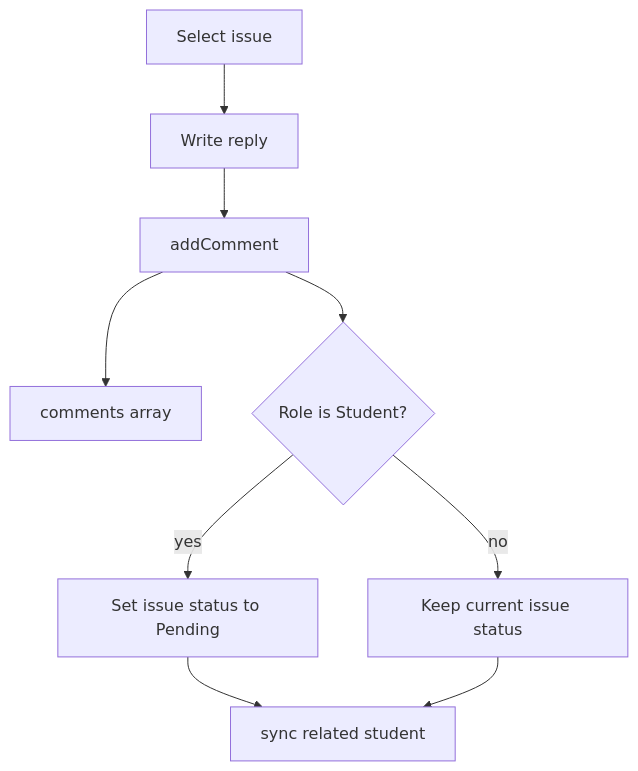
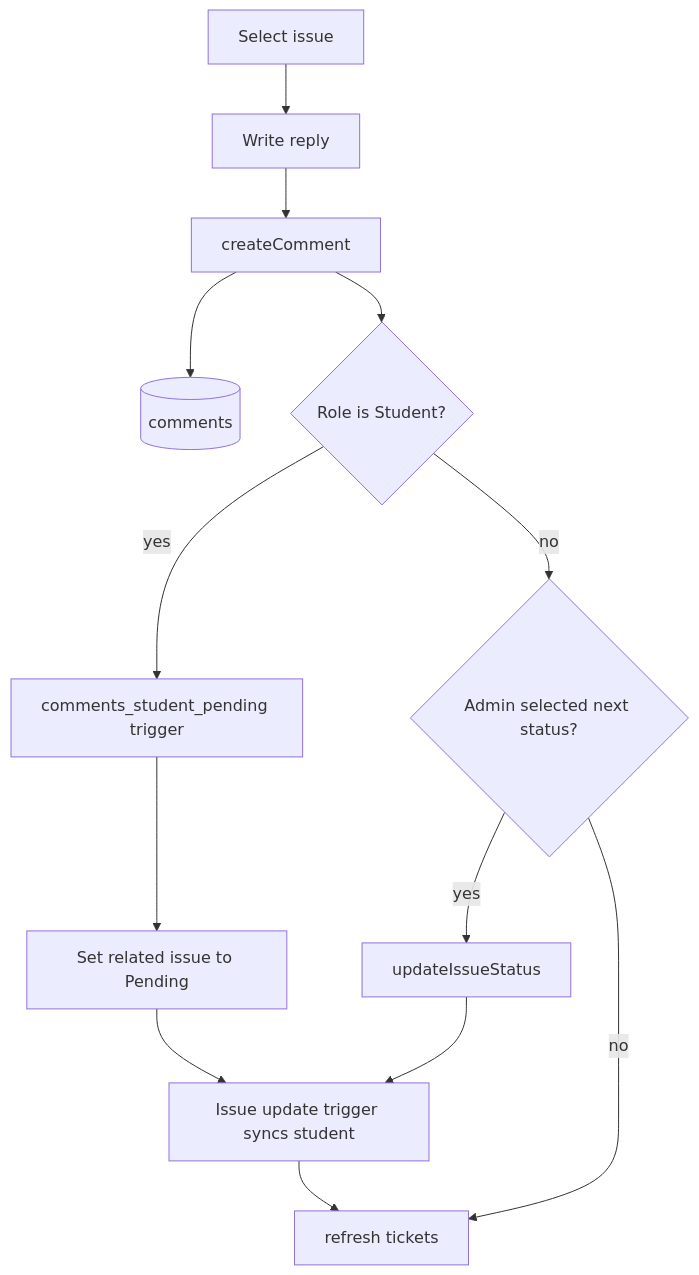
One commit to muhammadjamshed7/Assignmentwork changed the eighth of 16 diagrams in SYSTEM_FLOW.md. Above: the diagram before and after it, drawn with Mermaid. The commit also changed other lines of this file and 56 other files, not shown here.

````diff
--- a/SYSTEM_FLOW.md
+++ b/SYSTEM_FLOW.md
@@ -180,11 +259,15 @@
 ```mermaid
 flowchart TD
   SelectIssue[Select issue] --> WriteReply[Write reply]
-  WriteReply --> AddComment[addComment]
-  AddComment --> CommentsArray[comments array]
-  AddComment --> RoleCheck{Role is Student?}
-  RoleCheck -- yes --> Pending[Set issue status to Pending]
-  RoleCheck -- no --> KeepStatus[Keep current issue status]
-  Pending --> SyncStudent[sync related student]
-  KeepStatus --> SyncStudent
+  WriteReply --> CreateComment[createComment]
+  CreateComment --> CommentsTable[(comments)]
+  CreateComment --> RoleCheck{Role is Student?}
+  RoleCheck -- yes --> Trigger[comments_student_pending trigger]
+  Trigger --> Pending[Set related issue to Pending]
+  Pending --> IssueTrigger[Issue update trigger syncs student]
+  RoleCheck -- no --> AdminStatus{Admin selected next status?}
+  AdminStatus -- yes --> UpdateStatus[updateIssueStatus]
+  AdminStatus -- no --> Refresh
+  UpdateStatus --> IssueTrigger
+  IssueTrigger --> Refresh[refresh tickets]
 ```
````
